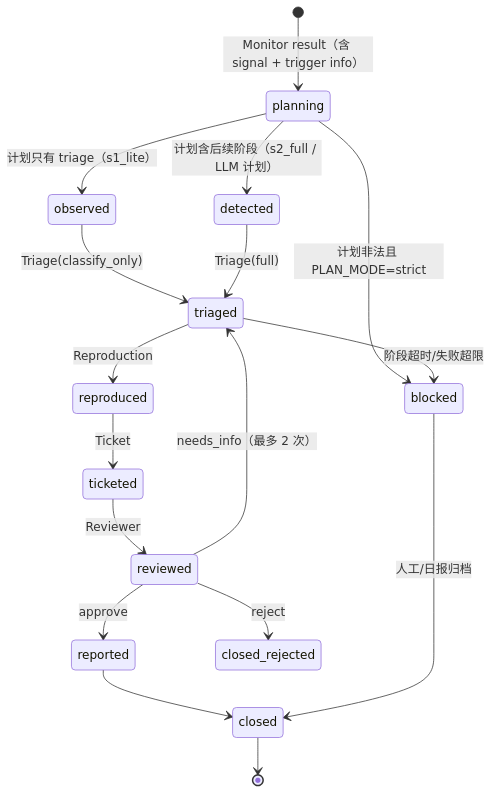
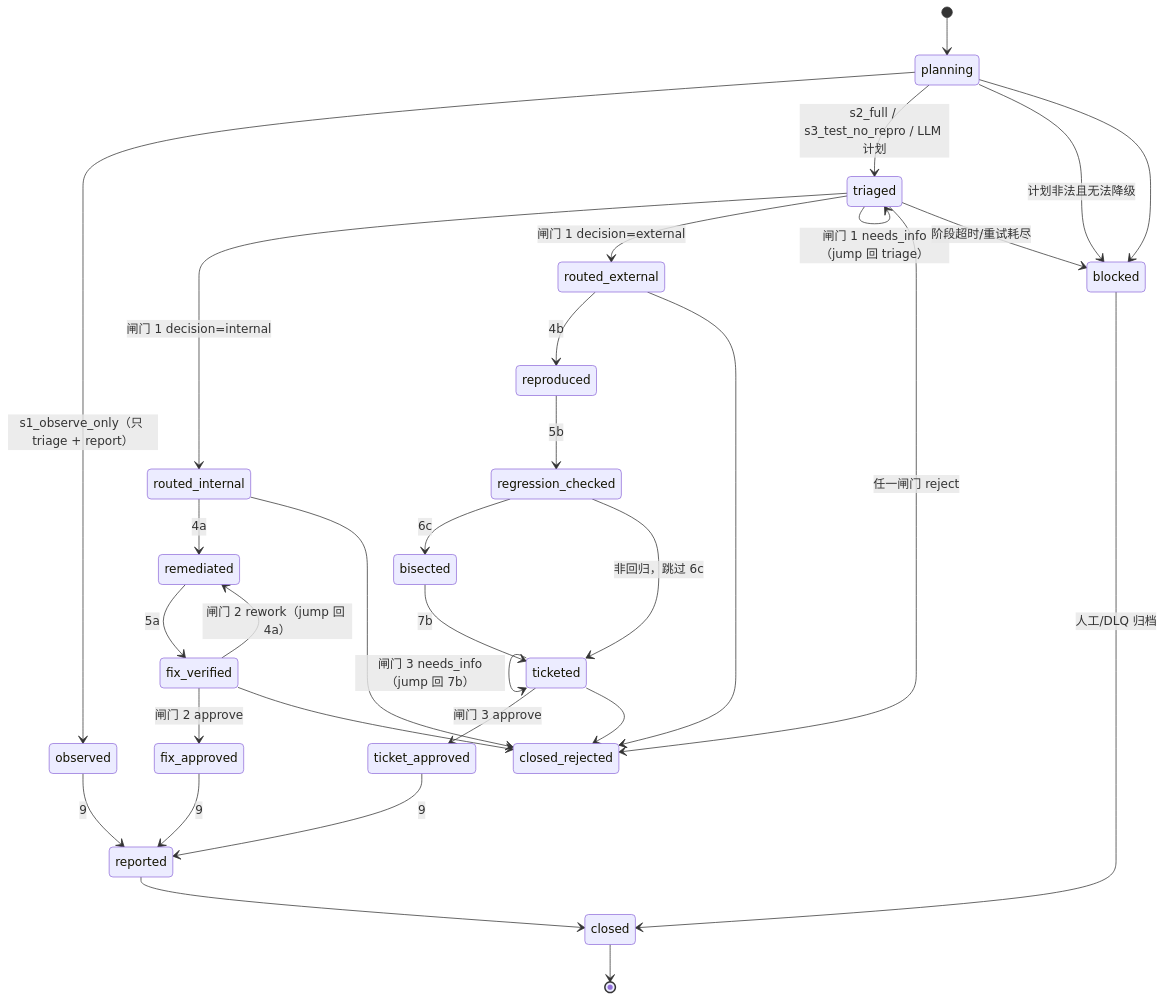
One commit to IQE-SUZHOU/iqe-agent-orchestrator changed the fourth of 4 diagrams in docs/architecture/01-架构总览.md. Above: the diagram before and after it, drawn with Mermaid. The commit also changed other lines of this file and 10 other files, not shown here.

````diff
--- a/docs/architecture/01-架构总览.md
+++ b/docs/architecture/01-架构总览.md
@@ -177,19 +100,34 @@
 ```mermaid
 stateDiagram-v2
-  [*] --> planning: Monitor result（含 signal + trigger info）
-  planning --> observed: 计划只有 triage（s1_lite）
-  planning --> detected: 计划含后续阶段（s2_full / LLM 计划）
-  planning --> blocked: 计划非法且 PLAN_MODE=strict
-  observed --> triaged: Triage(classify_only)
-  detected --> triaged: Triage(full)
-  triaged --> reproduced: Reproduction
-  triaged --> blocked: 阶段超时/失败超限
-  reproduced --> ticketed: Ticket
-  ticketed --> reviewed: Reviewer
-  reviewed --> reported: approve
-  reviewed --> triaged: needs_info（最多 2 次）
-  reviewed --> closed_rejected: reject
+  [*] --> planning
+  planning --> observed: s1_observe_only（只 triage + report）
+  planning --> triaged: s2_full / s3_test_no_repro / LLM 计划
+  planning --> blocked: 计划非法且无法降级
+  triaged --> routed_internal: 闸门 1 decision=internal
+  triaged --> routed_external: 闸门 1 decision=external
+  triaged --> triaged: 闸门 1 needs_info（jump 回 triage）
+  routed_internal --> remediated: 4a
+  remediated --> fix_verified: 5a
+  fix_verified --> fix_approved: 闸门 2 approve
+  fix_verified --> remediated: 闸门 2 rework（jump 回 4a）
+  routed_external --> reproduced: 4b
+  reproduced --> regression_checked: 5b
+  regression_checked --> bisected: 6c
+  regression_checked --> ticketed: 非回归，跳过 6c
+  bisected --> ticketed: 7b
+  ticketed --> ticketed: 闸门 3 needs_info（jump 回 7b）
+  ticketed --> ticket_approved: 闸门 3 approve
+  fix_approved --> reported: 9
+  ticket_approved --> reported: 9
+  observed --> reported: 9
   reported --> closed
-  blocked --> closed: 人工/日报归档
+  triaged --> closed_rejected: 任一闸门 reject
+  routed_internal --> closed_rejected
+  routed_external --> closed_rejected
+  fix_verified --> closed_rejected
+  ticketed --> closed_rejected
+  planning --> blocked
+  triaged --> blocked: 阶段超时/重试耗尽
+  blocked --> closed: 人工/DLQ 归档
   closed --> [*]
 ```
````
